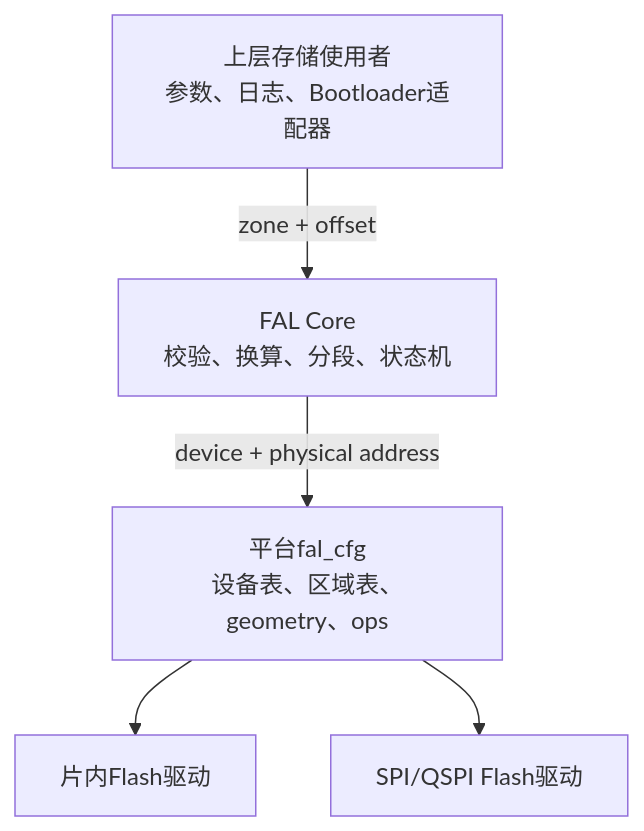
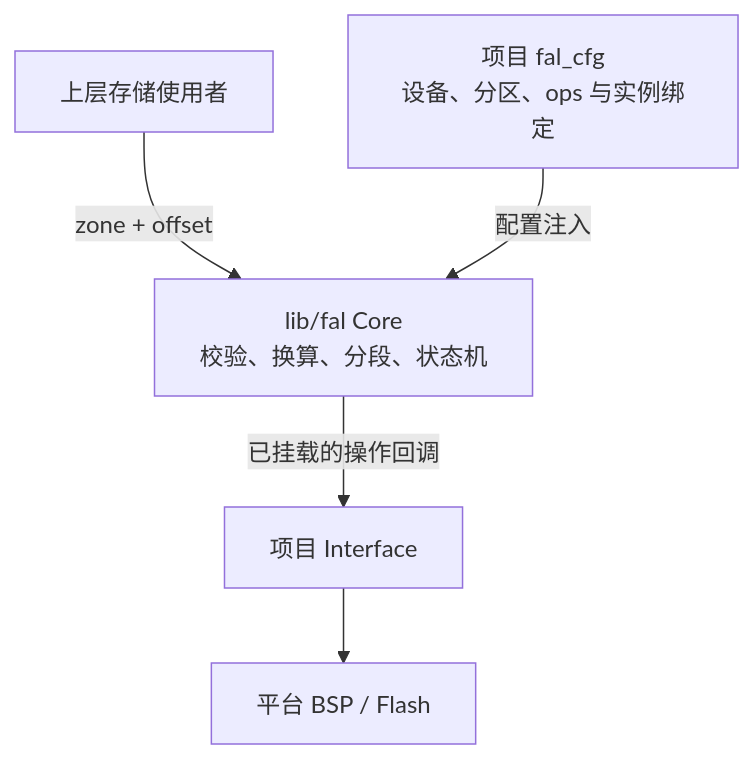
Before and after one commit to MAXLII/ATOMAN: the first of 2 diagrams in docs/design/storage/fal_design.md, drawn with Mermaid. The commit also changed other lines of this file and 6 other files, not shown here.

````diff
--- a/docs/design/storage/fal_design.md
+++ b/docs/design/storage/fal_design.md
@@ -17,7 +17,7 @@
 ```mermaid
 flowchart TD
-    U["上层存储使用者\n参数、日志、Bootloader适配器"] -->|"zone + offset"| C["FAL Core\n校验、换算、分段、状态机"]
-    C -->|"device + physical address"| CFG["平台fal_cfg\n设备表、区域表、geometry、ops"]
-    CFG --> D0["片内Flash驱动"]
-    CFG --> D1["SPI/QSPI Flash驱动"]
+    U["上层存储使用者"] -->|"zone + offset"| C["lib/fal Core\n校验、换算、分段、状态机"]
+    CFG["项目 fal_cfg\n设备、分区、ops 与实例绑定"] -->|"配置注入"| C
+    C -->|"已挂载的操作回调"| I["项目 Interface"]
+    I --> D["平台 BSP / Flash"]
 ```
````
